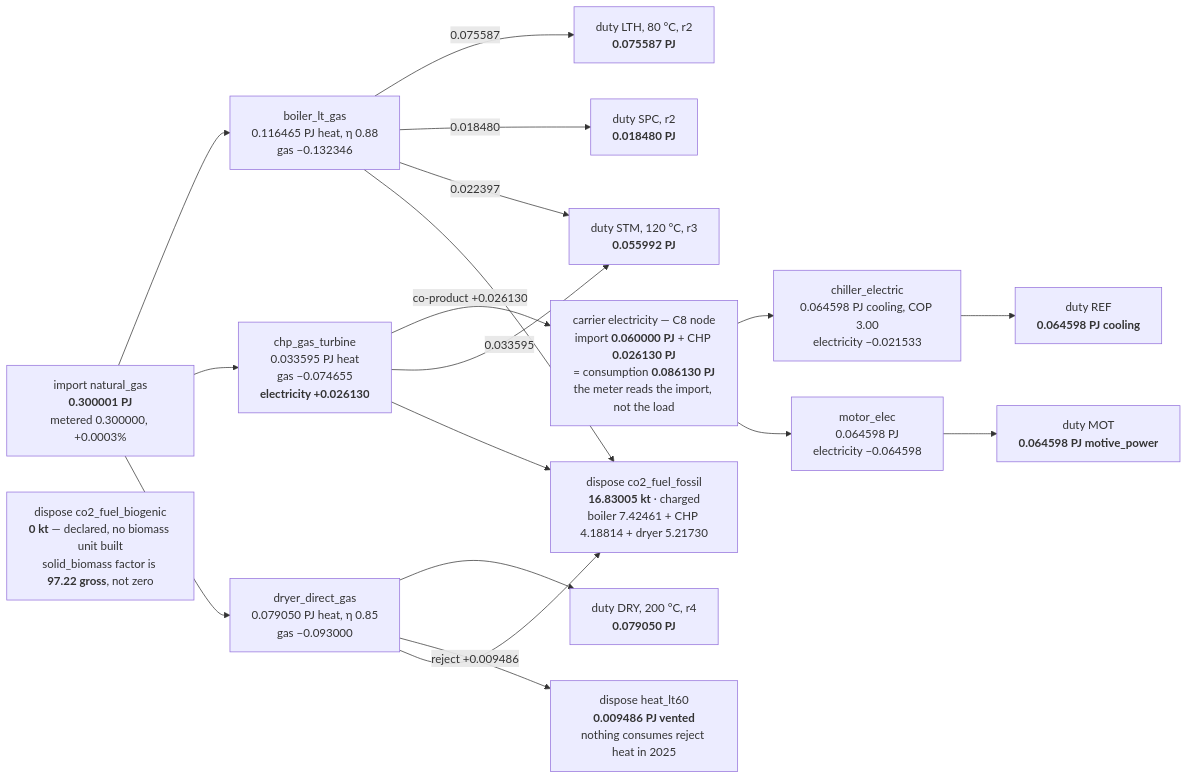
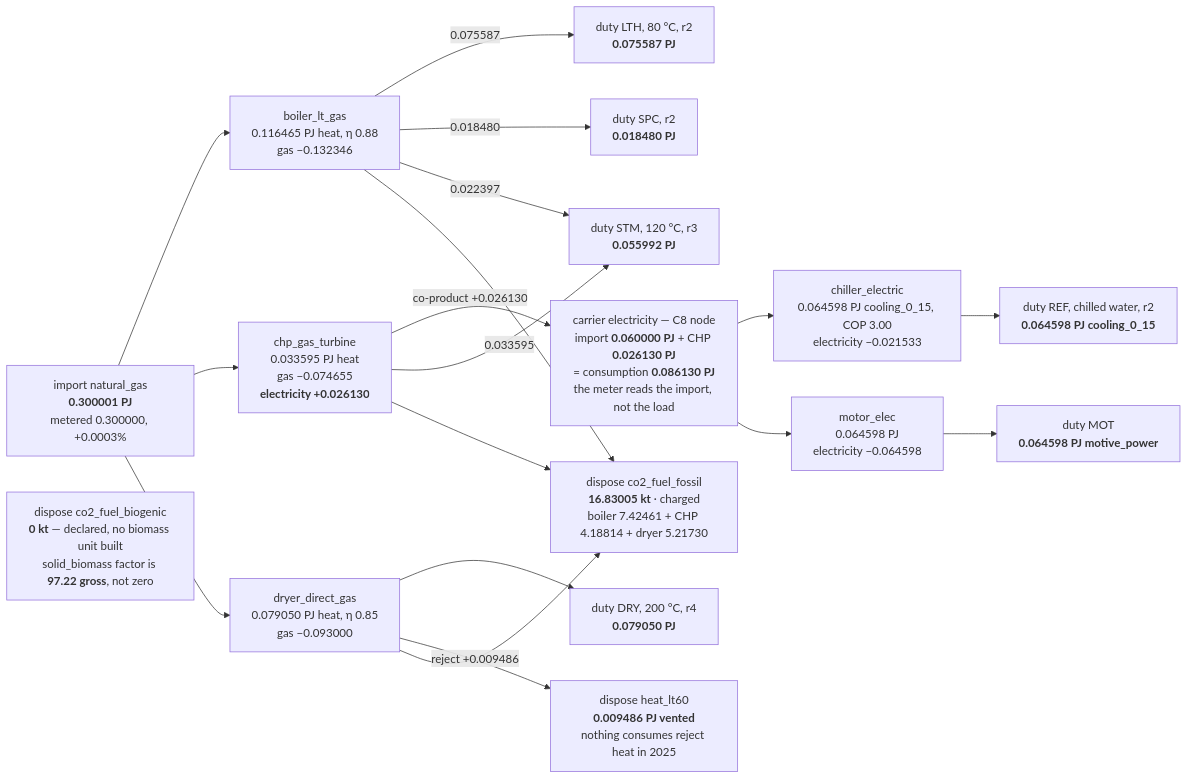
The sixth of 7 diagrams in docs/notes/19_worked_example_data_flow.md (AlexandreLab/comit), drawn with Mermaid before and after one commit. The commit also changed other lines of this file and 4 other files, not shown here.

````diff
--- a/docs/notes/19_worked_example_data_flow.md
+++ b/docs/notes/19_worked_example_data_flow.md
@@ -271,42 +271,42 @@
 ```mermaid
 flowchart LR
   IG["import natural_gas<br/><b>0.300001 PJ</b><br/>metered 0.300000, +0.0003%"]
   IE["carrier electricity — C8 node<br/>import <b>0.060000 PJ</b> + CHP <b>0.026130 PJ</b><br/>= consumption <b>0.086130 PJ</b><br/>the meter reads the import, not the load"]
 
   BO["boiler_lt_gas<br/>0.116465 PJ heat, η 0.88<br/>gas −0.132346"]
   CH["chp_gas_turbine<br/>0.033595 PJ heat<br/>gas −0.074655<br/><b>electricity +0.026130</b>"]
   DR["dryer_direct_gas<br/>0.079050 PJ heat, η 0.85<br/>gas −0.093000"]
-  CL["chiller_electric<br/>0.064598 PJ cooling, COP 3.00<br/>electricity −0.021533"]
+  CL["chiller_electric<br/>0.064598 PJ cooling_0_15, COP 3.00<br/>electricity −0.021533"]
   MO["motor_elec<br/>0.064598 PJ<br/>electricity −0.064598"]
 
   DLTH["duty LTH, 80 °C, r2<br/><b>0.075587 PJ</b>"]
   DSPC["duty SPC, r2<br/><b>0.018480 PJ</b>"]
   DSTM["duty STM, 120 °C, r3<br/><b>0.055992 PJ</b>"]
   DDRY["duty DRY, 200 °C, r4<br/><b>0.079050 PJ</b>"]
-  DREF["duty REF<br/><b>0.064598 PJ cooling</b>"]
+  DREF["duty REF, chilled water, r2<br/><b>0.064598 PJ cooling_0_15</b>"]
   DMOT["duty MOT<br/><b>0.064598 PJ motive_power</b>"]
 
   DV["dispose heat_lt60<br/><b>0.009486 PJ vented</b><br/>nothing consumes reject heat in 2025"]
   DF["dispose co2_fuel_fossil<br/><b>16.83005 kt</b> · charged<br/>boiler 7.42461 + CHP 4.18814 + dryer 5.21730"]
   DB["dispose co2_fuel_biogenic<br/><b>0 kt</b> — declared, no biomass unit built<br/>solid_biomass factor is <b>97.22 gross</b>, not zero"]
 
   IG --> BO
   IG --> CH
   IG --> DR
   IE --> CL
   IE --> MO
   CH -->|"co-product +0.026130"| IE
 
   BO -->|"0.075587"| DLTH
   BO -->|"0.018480"| DSPC
   BO -->|"0.022397"| DSTM
   CH -->|"0.033595"| DSTM
   DR --> DDRY
   CL --> DREF
   MO --> DMOT
 
   DR -->|"reject +0.009486"| DV
   BO --> DF
   CH --> DF
   DR --> DF
 ```
````
